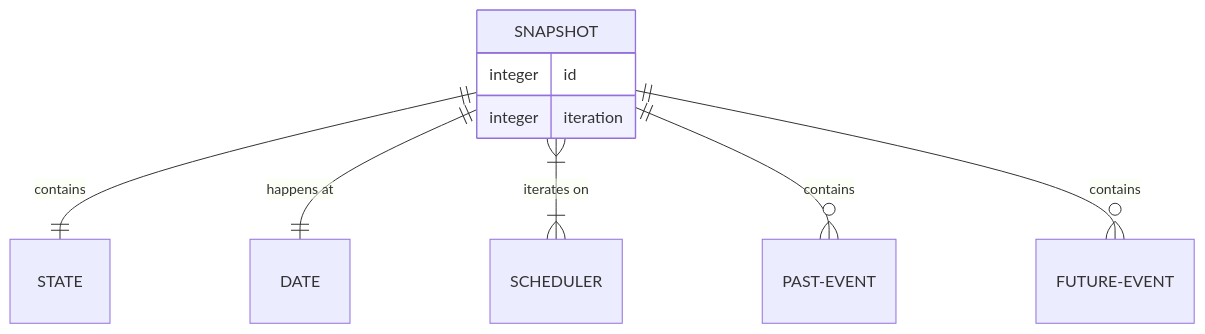
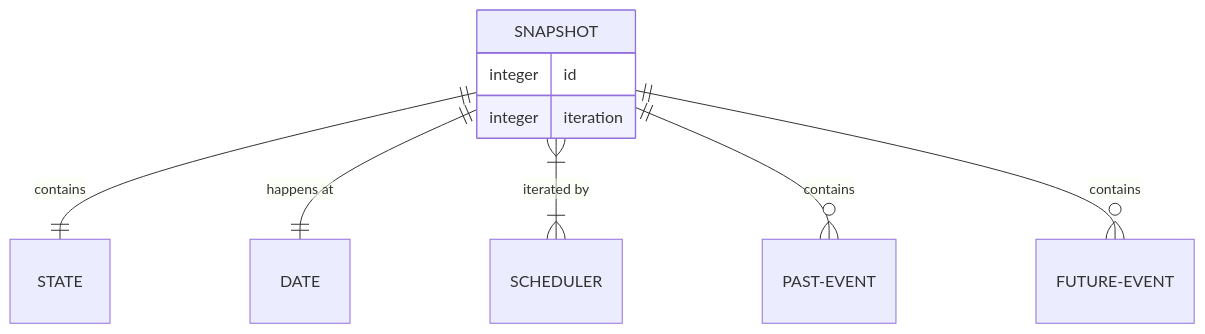
One commit to hephaistox/automaton-simulation-de changed the diagram in docs/archi/snapshot_entity.mermaid. Above: the diagram before and after it, drawn with Mermaid. The commit also changed 44 other files, not shown here.

```diff
--- a/docs/archi/snapshot_entity.mermaid
+++ b/docs/archi/snapshot_entity.mermaid
@@ -1,9 +1,9 @@
 erDiagram
     SNAPSHOT {
         integer id
         integer iteration}
    SNAPSHOT ||--|| STATE : "contains"
    SNAPSHOT ||--|| DATE : "happens at"
-   SNAPSHOT |{--|{ SCHEDULER  : "iterates on"
+   SNAPSHOT |{--|{ SCHEDULER  : "iterated by"
 	 SNAPSHOT ||--o{ PAST-EVENT : "contains"
    SNAPSHOT ||--o{ FUTURE-EVENT : "contains"
```
